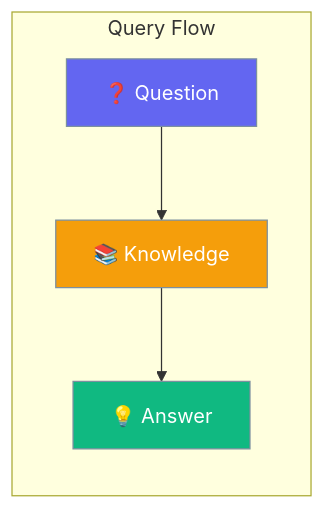
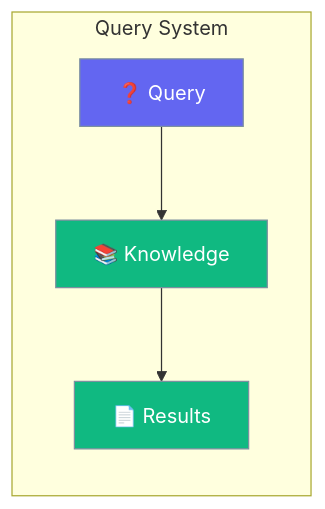
The diagram in docs/rust/query.mdx (MervinPraison/PraisonAIDocs), drawn with Mermaid before and after one commit. The commit also changed other lines of this file and 87 other files, not shown here.

````diff
--- a/docs/rust/query.mdx
+++ b/docs/rust/query.mdx
@@ -10,15 +10,13 @@
 ```mermaid
 graph LR
-    subgraph "Query Flow"
-        Q[❓ Question] --> K[📚 Knowledge]
-        K --> A[💡 Answer]
+    subgraph "Query System"
+        Q[❓ Query] --> K[📚 Knowledge]
+        K --> R[📄 Results]
     end
     
     classDef query fill:#6366F1,stroke:#7C90A0,color:#fff
-    classDef knowledge fill:#F59E0B,stroke:#7C90A0,color:#fff
-    classDef answer fill:#10B981,stroke:#7C90A0,color:#fff
+    classDef result fill:#10B981,stroke:#7C90A0,color:#fff
     
     class Q query
-    class K knowledge
-    class A answer
+    class K,R result
 ```
````
